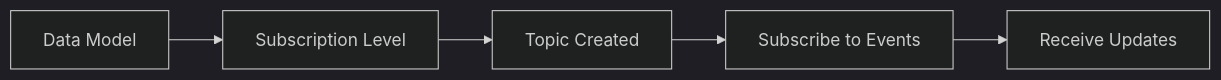
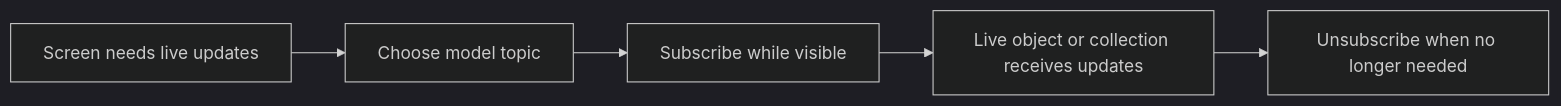
The diagram in social-plus-sdk/core-concepts/realtime-communication/realtime-events/overview.mdx (AmityCo/social-plus-docs), drawn with Mermaid (dark theme) before and after one commit. The commit also changed other lines of this file and 13 other files, not shown here.

````diff
--- a/social-plus-sdk/core-concepts/realtime-communication/realtime-events/overview.mdx
+++ b/social-plus-sdk/core-concepts/realtime-communication/realtime-events/overview.mdx
@@ -42,7 +22,7 @@
 ```mermaid
-graph LR
-    A[Data Model] --> B[Subscription Level]
-    B --> C[Topic Created]
-    C --> D[Subscribe to Events]
-    D --> E[Receive Updates]
+flowchart LR
+    A["Screen needs live updates"] --> B["Choose model topic"]
+    B --> C["Subscribe while visible"]
+    C --> D["Live object or collection receives updates"]
+    D --> E["Unsubscribe when no longer needed"]
 ```
````
